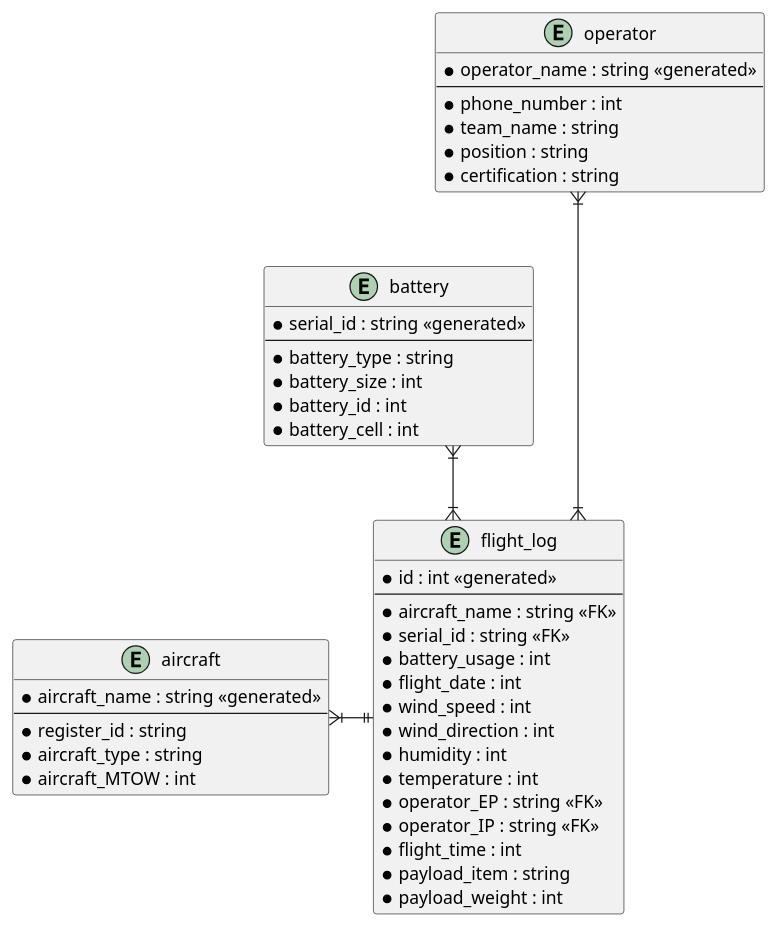
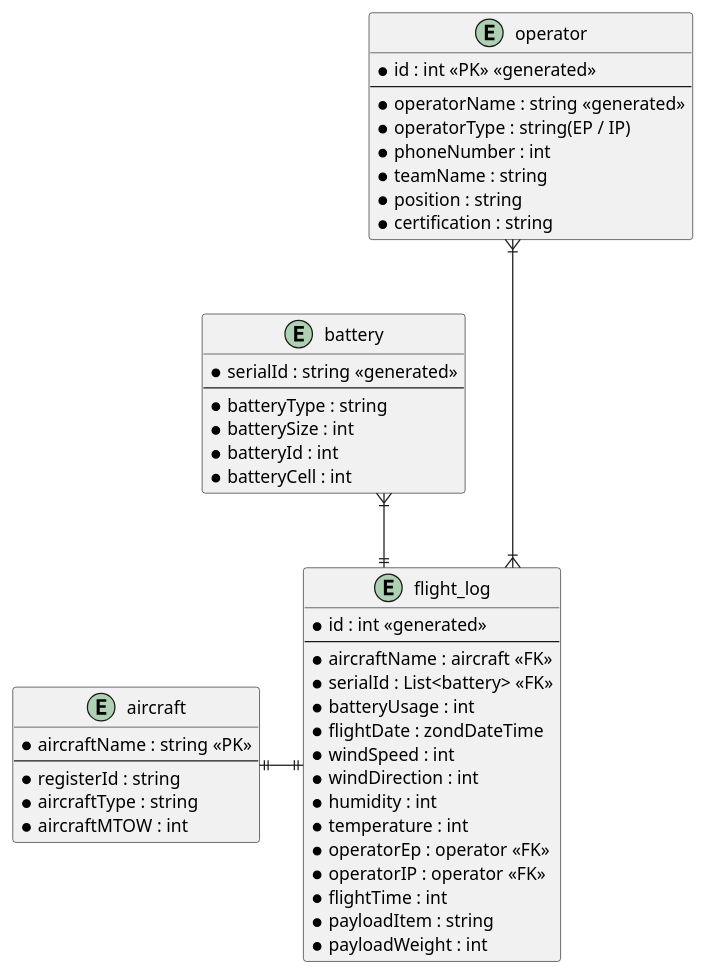
One commit to KimJinHyeok1/FlightManagementApp changed the diagram in Docs/flightManagementApp.puml. Above: the diagram before and after it, drawn with PlantUML.

Commit message:
FIX : FMS ERD

```diff
--- a/Docs/flightManagementApp.puml
+++ b/Docs/flightManagementApp.puml
@@ -1,61 +1,63 @@
 @startuml
 
 ' hide the spot
 ' hide circle
 
 ' avoid problems with angled crows feet
 skinparam linetype ortho
 
 entity "aircraft" as e01 {
-  *aircraft_name : string <<generated>>
+  *aircraftName : string <<PK>>
   --
-  *register_id : string
-  *aircraft_type : string
-  *aircraft_MTOW : int
+  *registerId : string
+  *aircraftType : string
+  *aircraftMTOW : int
 }
 
 entity "battery" as e02 {
-  *serial_id : string <<generated>>
+  *serialId : string <<generated>>
   --
-  *battery_type : string
-  *battery_size : int
-  *battery_id : int
-  *battery_cell : int
+  *batteryType : string
+  *batterySize : int
+  *batteryId : int
+  *batteryCell : int
 }
 
 entity "operator" as e03 {
-  *operator_name : string <<generated>>
+  *id : int <<PK>> <<generated>>
   --
-  *phone_number : int
-  *team_name : string
+  *operatorName : string <<generated>>
+  *operatorType : string(EP / IP)
+  *phoneNumber : int
+  *teamName : string
   *position : string
   *certification : string
 }
 
 entity "flight_log" as e04 {
   *id : int <<generated>>
   --
-  *aircraft_name : string <<FK>>
-  *serial_id : string <<FK>>
-  *battery_usage : int
-  *flight_date : int
-  *wind_speed : int
-  *wind_direction : int
+  *aircraftName : aircraft <<FK>>
+  *serialId : List<battery> <<FK>>
+  *batteryUsage : int
+  *flightDate : zondDateTime
+  *windSpeed : int
+  *windDirection : int
   *humidity : int
   *temperature : int
-  *operator_EP : string <<FK>>
-  *operator_IP : string <<FK>>
-  *flight_time : int
-  *payload_item : string
-  *payload_weight : int
+  *operatorEp : operator <<FK>>
+  *operatorIP : operator <<FK>>
+  *flightTime : int
+  *payloadItem : string
+  *payloadWeight : int
 }
 
 
 
-e01 }|-|| e04
-e02 }|--|{ e04
+e01 ||-|| e04
+e02 }|--|| e04
 e03 }|---|{ e04
 
 
 
 @enduml
```
